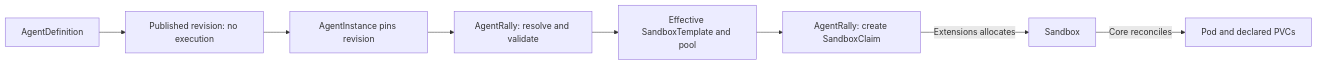
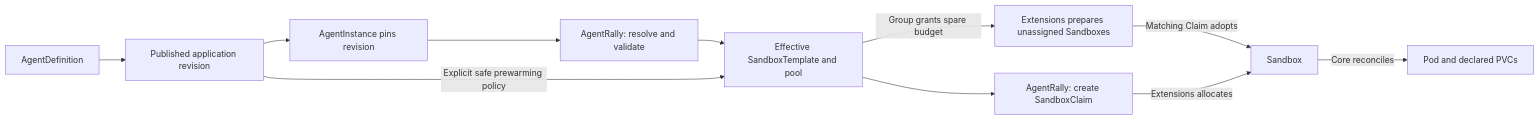
Before and after one commit to chizhang21/agentrally-operator: the second of 3 diagrams in docs/architecture.md, drawn with Mermaid. The commit also changed other lines of this file and 126 other files, not shown here.

````diff
--- a/docs/architecture.md
+++ b/docs/architecture.md
@@ -45,10 +50,13 @@
 ```mermaid
 flowchart LR
-    D["AgentDefinition"] --> V["Published revision: no execution"]
+    D["AgentDefinition"] --> V["Published application revision"]
     V --> AC["AgentInstance pins revision"]
     AC --> R["AgentRally: resolve and validate"]
     R --> P["Effective SandboxTemplate and pool"]
     P --> CL["AgentRally: create SandboxClaim"]
+    V -->|"Explicit safe prewarming policy"| P
+    P -->|"Group grants spare budget"| W["Extensions prepares unassigned Sandboxes"]
+    W -->|"Matching Claim adopts"| S
     CL -->|"Extensions allocates"| S["Sandbox"]
     S -->|"Core reconciles"| X["Pod and declared PVCs"]
 ```
````
